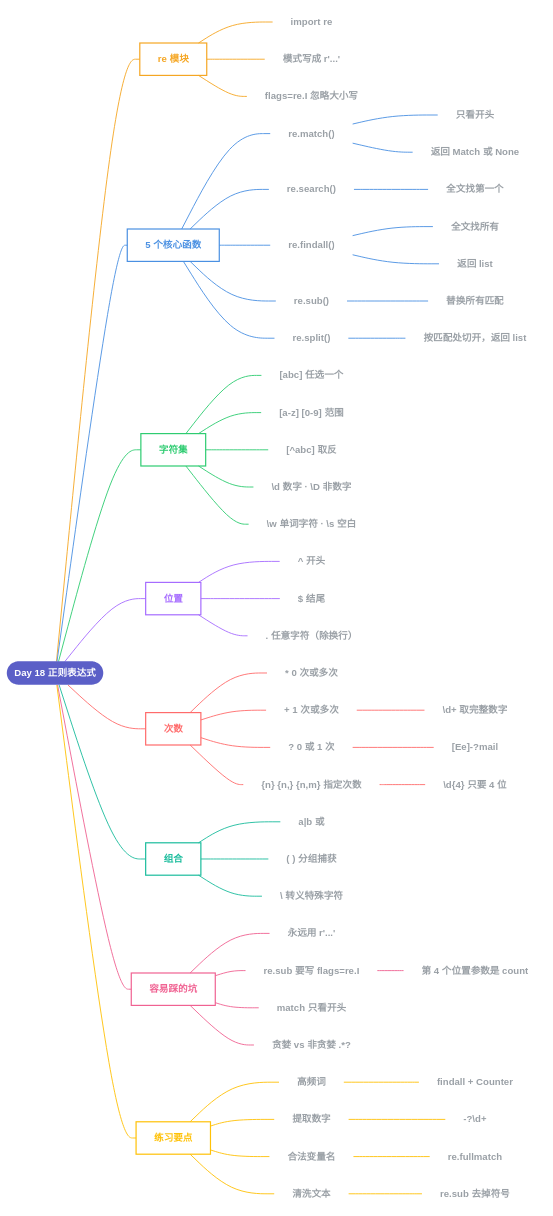
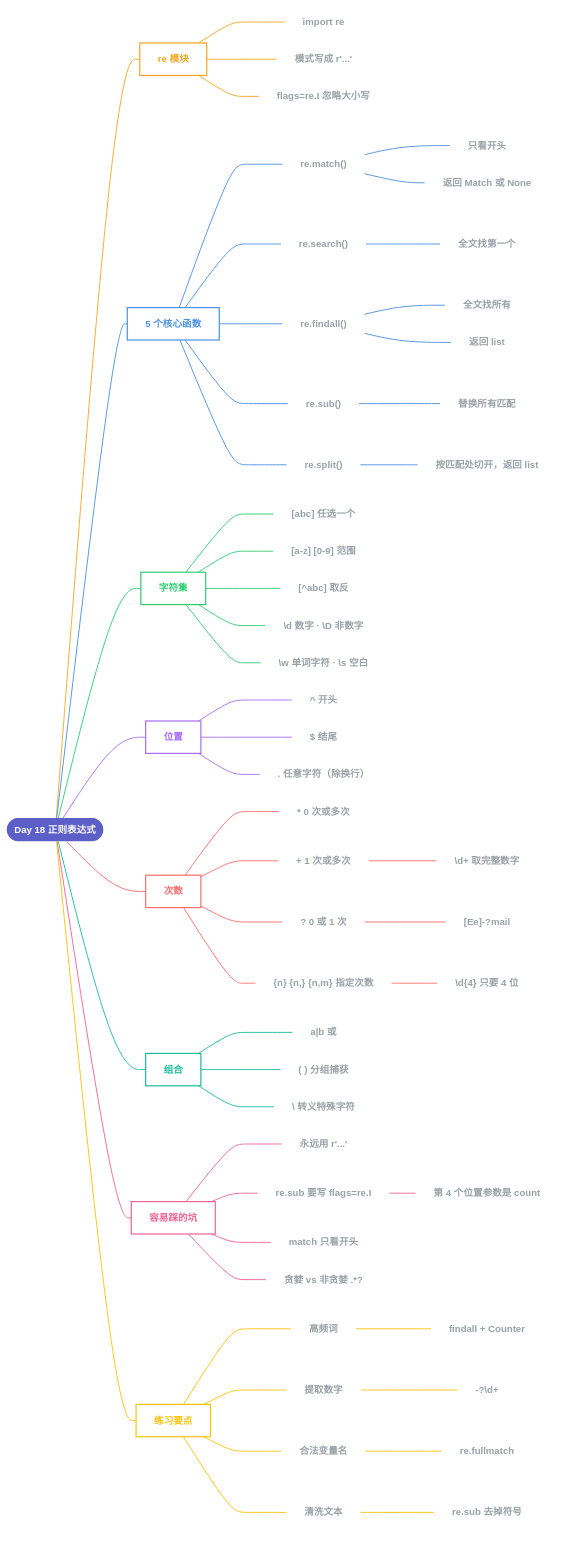
One commit to Lnnkun/30-days-of-python-notes changed the diagram in Day18_正则表达式.md. Above: the diagram before and after it, drawn with Mermaid. The commit also changed 3 other files, not shown here.

Commit message:
修复 Day18-21 思维导图排版：连线不再穿过文字

```diff
--- a/Day18_正则表达式.md
+++ b/Day18_正则表达式.md
@@ -5,75 +5,114 @@
 flowchart LR
   R(["Day 18 正则表达式"])
   R --- b0["re 模块"]
-  classDef c0 fill:none,stroke:#F5A623,stroke-width:2px,color:#F5A623,font-weight:bold
-  class b0 c0
   b0 --- n1["import re"]
   b0 --- n2["模式写成 r'...'"]
   b0 --- n3["flags=re.I 忽略大小写"]
+  classDef c0 fill:none,stroke:#F5A623,stroke-width:2px,color:#F5A623,font-weight:bold
+  class b0 c0
   R --- b1["5 个核心函数"]
+  b1 --- n4["re.match()"]
+  subgraph sn4[" "]
+  n4 --- n5["只看开头"]
+  n4 --- n6["返回 Match 或 None"]
+  end
+  style sn4 fill:none,stroke:none
+  b1 --- n7["re.search()"]
+  subgraph sn7[" "]
+  n7 --- n8["全文找第一个"]
+  end
+  style sn7 fill:none,stroke:none
+  b1 --- n9["re.findall()"]
+  subgraph sn9[" "]
+  n9 --- n10["全文找所有"]
+  n9 --- n11["返回 list"]
+  end
+  style sn9 fill:none,stroke:none
+  b1 --- n12["re.sub()"]
+  subgraph sn12[" "]
+  n12 --- n13["替换所有匹配"]
+  end
+  style sn12 fill:none,stroke:none
+  b1 --- n14["re.split()"]
+  subgraph sn14[" "]
+  n14 --- n15["按匹配处切开，返回 list"]
+  end
+  style sn14 fill:none,stroke:none
   classDef c1 fill:none,stroke:#4A90E2,stroke-width:2px,color:#4A90E2,font-weight:bold
   class b1 c1
-  b1 --- n4["re.match()"]
-  n4 --- n5["只看开头"]
-  n4 --- n6["返回 Match 或 None"]
-  b1 --- n7["re.search()"]
-  n7 --- n8["全文找第一个"]
-  b1 --- n9["re.findall()"]
-  n9 --- n10["全文找所有"]
-  n9 --- n11["返回 list"]
-  b1 --- n12["re.sub()"]
-  n12 --- n13["替换所有匹配"]
-  b1 --- n14["re.split()"]
-  n14 --- n15["按匹配处切开，返回 list"]
   R --- b2["字符集"]
-  classDef c2 fill:none,stroke:#2ECC71,stroke-width:2px,color:#2ECC71,font-weight:bold
-  class b2 c2
   b2 --- n16["[abc] 任选一个"]
   b2 --- n17["[a-z] [0-9] 范围"]
   b2 --- n18["[^abc] 取反"]
   b2 --- n19["\d 数字 · \D 非数字"]
   b2 --- n20["\w 单词字符 · \s 空白"]
+  classDef c2 fill:none,stroke:#2ECC71,stroke-width:2px,color:#2ECC71,font-weight:bold
+  class b2 c2
   R --- b3["位置"]
-  classDef c3 fill:none,stroke:#A66CFF,stroke-width:2px,color:#A66CFF,font-weight:bold
-  class b3 c3
   b3 --- n21["^ 开头"]
   b3 --- n22["$ 结尾"]
   b3 --- n23[". 任意字符（除换行）"]
+  classDef c3 fill:none,stroke:#A66CFF,stroke-width:2px,color:#A66CFF,font-weight:bold
+  class b3 c3
   R --- b4["次数"]
+  b4 --- n24["* 0 次或多次"]
+  b4 --- n25["+ 1 次或多次"]
+  subgraph sn25[" "]
+  n25 --- n26["\d+ 取完整数字"]
+  end
+  style sn25 fill:none,stroke:none
+  b4 --- n27["? 0 或 1 次"]
+  subgraph sn27[" "]
+  n27 --- n28["[Ee]-?mail"]
+  end
+  style sn27 fill:none,stroke:none
+  b4 --- n29["{n} {n,} {n,m} 指定次数"]
+  subgraph sn29[" "]
+  n29 --- n30["\d{4} 只要 4 位"]
+  end
+  style sn29 fill:none,stroke:none
   classDef c4 fill:none,stroke:#FF6B6B,stroke-width:2px,color:#FF6B6B,font-weight:bold
   class b4 c4
-  b4 --- n24["* 0 次或多次"]
-  b4 --- n25["+ 1 次或多次"]
-  n25 --- n26["\d+ 取完整数字"]
-  b4 --- n27["? 0 或 1 次"]
-  n27 --- n28["[Ee]-?mail"]
-  b4 --- n29["{n} {n,} {n,m} 指定次数"]
-  n29 --- n30["\d{4} 只要 4 位"]
   R --- b5["组合"]
-  classDef c5 fill:none,stroke:#1ABC9C,stroke-width:2px,color:#1ABC9C,font-weight:bold
-  class b5 c5
   b5 --- n31["a|b 或"]
   b5 --- n32["( ) 分组捕获"]
   b5 --- n33["\ 转义特殊字符"]
+  classDef c5 fill:none,stroke:#1ABC9C,stroke-width:2px,color:#1ABC9C,font-weight:bold
+  class b5 c5
   R --- b6["容易踩的坑"]
+  b6 --- n34["永远用 r'...'"]
+  b6 --- n35["re.sub 要写 flags=re.I"]
+  subgraph sn35[" "]
+  n35 --- n36["第 4 个位置参数是 count"]
+  end
+  style sn35 fill:none,stroke:none
+  b6 --- n37["match 只看开头"]
+  b6 --- n38["贪婪 vs 非贪婪 .*?"]
   classDef c6 fill:none,stroke:#F06292,stroke-width:2px,color:#F06292,font-weight:bold
   class b6 c6
-  b6 --- n34["永远用 r'...'"]
-  b6 --- n35["re.sub 要写 flags=re.I"]
-  n35 --- n36["第 4 个位置参数是 count"]
-  b6 --- n37["match 只看开头"]
-  b6 --- n38["贪婪 vs 非贪婪 .*?"]
   R --- b7["练习要点"]
+  b7 --- n39["高频词"]
+  subgraph sn39[" "]
+  n39 --- n40["findall + Counter"]
+  end
+  style sn39 fill:none,stroke:none
+  b7 --- n41["提取数字"]
+  subgraph sn41[" "]
+  n41 --- n42["-?\d+"]
+  end
+  style sn41 fill:none,stroke:none
+  b7 --- n43["合法变量名"]
+  subgraph sn43[" "]
+  n43 --- n44["re.fullmatch"]
+  end
+  style sn43 fill:none,stroke:none
+  b7 --- n45["清洗文本"]
+  subgraph sn45[" "]
+  n45 --- n46["re.sub 去掉符号"]
+  end
+  style sn45 fill:none,stroke:none
   classDef c7 fill:none,stroke:#FFC107,stroke-width:2px,color:#FFC107,font-weight:bold
   class b7 c7
-  b7 --- n39["高频词"]
-  n39 --- n40["findall + Counter"]
-  b7 --- n41["提取数字"]
-  n41 --- n42["-?\d+"]
-  b7 --- n43["合法变量名"]
-  n43 --- n44["re.fullmatch"]
-  b7 --- n45["清洗文本"]
-  n45 --- n46["re.sub 去掉符号"]
   classDef leaf fill:none,stroke:none,color:#9AA0A6
   classDef root fill:#5B5FC7,stroke:none,color:#fff,font-weight:bold
   class R root
```
